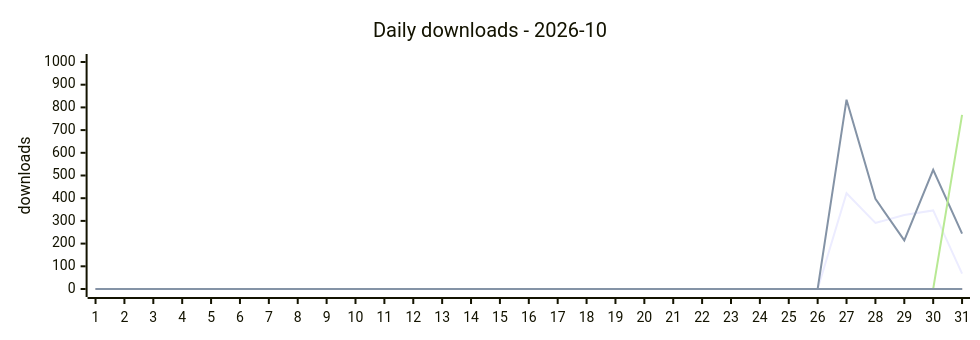
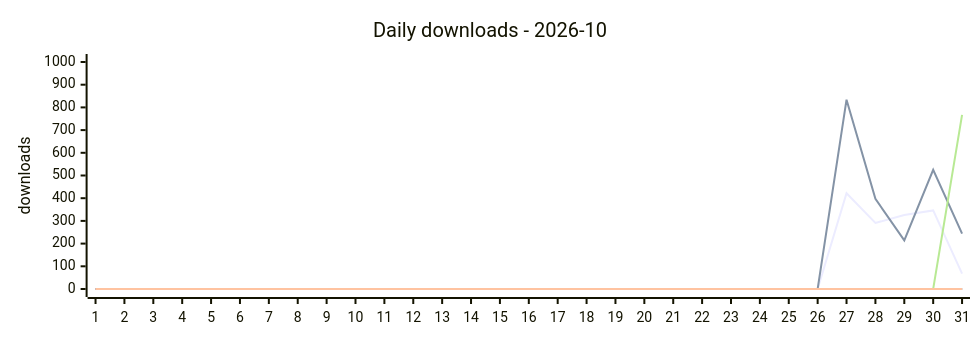
Before and after one commit to terry2010/npm-downloads-tracker: the second of 2 diagrams in DASHBOARD.md, drawn with Mermaid. The commit also changed other lines of this file and 2 other files, not shown here.

````diff
--- a/DASHBOARD.md
+++ b/DASHBOARD.md
@@ -112,19 +111,20 @@
 ```mermaid
 %%{init: {'xyChart': {'width': 960, 'height': 320}}}%%
 xychart-beta
     title "Daily downloads - 2026-10"
     x-axis ["1", "2", "3", "4", "5", "6", "7", "8", "9", "10", "11", "12", "13", "14", "15", "16", "17", "18", "19", "20", "21", "22", "23", "24", "25", "26", "27", "28", "29", "30", "31"]
     y-axis "downloads" 0 --> 1000
     line "dsh-loop-recover" [0, 0, 0, 0, 0, 0, 0, 0, 0, 0, 0, 0, 0, 0, 0, 0, 0, 0, 0, 0, 0, 0, 0, 0, 0, 0, 422, 291, 326, 346, 68]
     line "dsh-rss-news-daily" [0, 0, 0, 0, 0, 0, 0, 0, 0, 0, 0, 0, 0, 0, 0, 0, 0, 0, 0, 0, 0, 0, 0, 0, 0, 0, 834, 397, 214, 525, 244]
     line "dsh-rss-news-flash-kuaixun" [0, 0, 0, 0, 0, 0, 0, 0, 0, 0, 0, 0, 0, 0, 0, 0, 0, 0, 0, 0, 0, 0, 0, 0, 0, 0, 0, 0, 0, 0, 0]
     line "dsh-rss-news-browser-fetch" [0, 0, 0, 0, 0, 0, 0, 0, 0, 0, 0, 0, 0, 0, 0, 0, 0, 0, 0, 0, 0, 0, 0, 0, 0, 0, 0, 0, 0, 0, 0]
     line "opencode-loop-recover" [0, 0, 0, 0, 0, 0, 0, 0, 0, 0, 0, 0, 0, 0, 0, 0, 0, 0, 0, 0, 0, 0, 0, 0, 0, 0, 0, 0, 0, 0, 767]
     line "oc-market-quail-zephyr-72a0" [0, 0, 0, 0, 0, 0, 0, 0, 0, 0, 0, 0, 0, 0, 0, 0, 0, 0, 0, 0, 0, 0, 0, 0, 0, 0, 0, 0, 0, 0, 0]
     line "awesome-opencode-market" [0, 0, 0, 0, 0, 0, 0, 0, 0, 0, 0, 0, 0, 0, 0, 0, 0, 0, 0, 0, 0, 0, 0, 0, 0, 0, 0, 0, 0, 0, 0]
     line "surfbird" [0, 0, 0, 0, 0, 0, 0, 0, 0, 0, 0, 0, 0, 0, 0, 0, 0, 0, 0, 0, 0, 0, 0, 0, 0, 0, 0, 0, 0, 0, 0]
     line "surfbird-mcp" [0, 0, 0, 0, 0, 0, 0, 0, 0, 0, 0, 0, 0, 0, 0, 0, 0, 0, 0, 0, 0, 0, 0, 0, 0, 0, 0, 0, 0, 0, 0]
     line "dsh-control-surfbird-for-kitesurf" [0, 0, 0, 0, 0, 0, 0, 0, 0, 0, 0, 0, 0, 0, 0, 0, 0, 0, 0, 0, 0, 0, 0, 0, 0, 0, 0, 0, 0, 0, 0]
     line "opencode-control-surfbird-for-kitesurf" [0, 0, 0, 0, 0, 0, 0, 0, 0, 0, 0, 0, 0, 0, 0, 0, 0, 0, 0, 0, 0, 0, 0, 0, 0, 0, 0, 0, 0, 0, 0]
     line "pi-control-surfbird-for-kitesurf" [0, 0, 0, 0, 0, 0, 0, 0, 0, 0, 0, 0, 0, 0, 0, 0, 0, 0, 0, 0, 0, 0, 0, 0, 0, 0, 0, 0, 0, 0, 0]
+    line "awesome-skill-market" [0, 0, 0, 0, 0, 0, 0, 0, 0, 0, 0, 0, 0, 0, 0, 0, 0, 0, 0, 0, 0, 0, 0, 0, 0, 0, 0, 0, 0, 0, 0]
 ```
````
